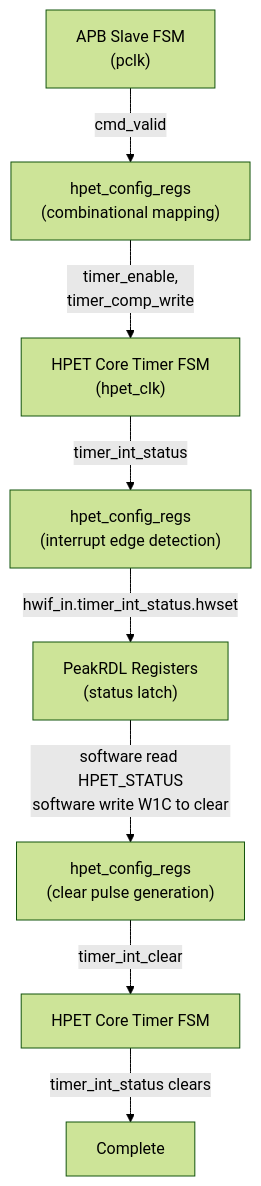
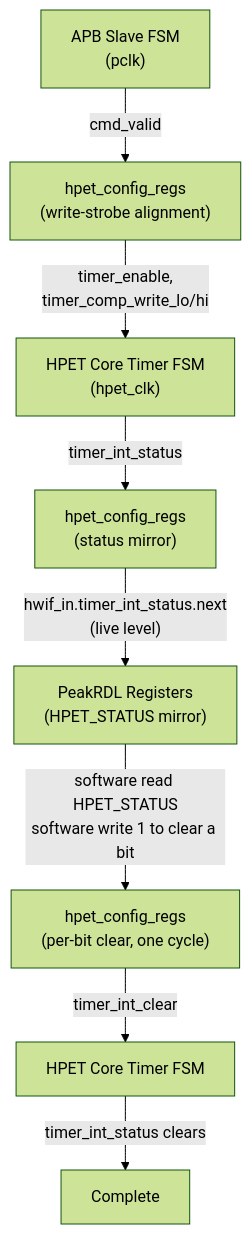
Before and after one commit to sean-galloway/RTLDesignSherpa: the diagram in projects/components/retro_legacy_blocks/docs/hpet_mas/ch02_blocks/05_fsm_summary.md, drawn with Mermaid (forest theme). The commit also changed other lines of this file and 44 other files, not shown here.

First line of the commit message:
fix(rlb/hpet): per-bit W1C mirror, independent counter halves, armed latch + epoch hold (#46)

````diff
--- a/projects/components/retro_legacy_blocks/docs/hpet_mas/ch02_blocks/05_fsm_summary.md
+++ b/projects/components/retro_legacy_blocks/docs/hpet_mas/ch02_blocks/05_fsm_summary.md
@@ -246,10 +293,10 @@
 ```mermaid
 flowchart TD
-    A["APB Slave FSM<br/>(pclk)"] -->|"cmd_valid"| B["hpet_config_regs<br/>(combinational mapping)"]
-    B -->|"timer_enable,<br/>timer_comp_write"| C["HPET Core Timer FSM<br/>(hpet_clk)"]
-    C -->|"timer_int_status"| D["hpet_config_regs<br/>(interrupt edge detection)"]
-    D -->|"hwif_in.timer_int_status.hwset"| E["PeakRDL Registers<br/>(status latch)"]
-    E -->|"software read HPET_STATUS<br/>software write W1C to clear"| F["hpet_config_regs<br/>(clear pulse generation)"]
+    A["APB Slave FSM<br/>(pclk)"] -->|"cmd_valid"| B["hpet_config_regs<br/>(write-strobe alignment)"]
+    B -->|"timer_enable,<br/>timer_comp_write_lo/hi"| C["HPET Core Timer FSM<br/>(hpet_clk)"]
+    C -->|"timer_int_status"| D["hpet_config_regs<br/>(status mirror)"]
+    D -->|"hwif_in.timer_int_status.next<br/>(live level)"| E["PeakRDL Registers<br/>(HPET_STATUS mirror)"]
+    E -->|"software read HPET_STATUS<br/>software write 1 to clear a bit"| F["hpet_config_regs<br/>(per-bit clear, one cycle)"]
     F -->|"timer_int_clear"| G["HPET Core Timer FSM"]
     G -->|"timer_int_status clears"| H["Complete"]
 ```
````
